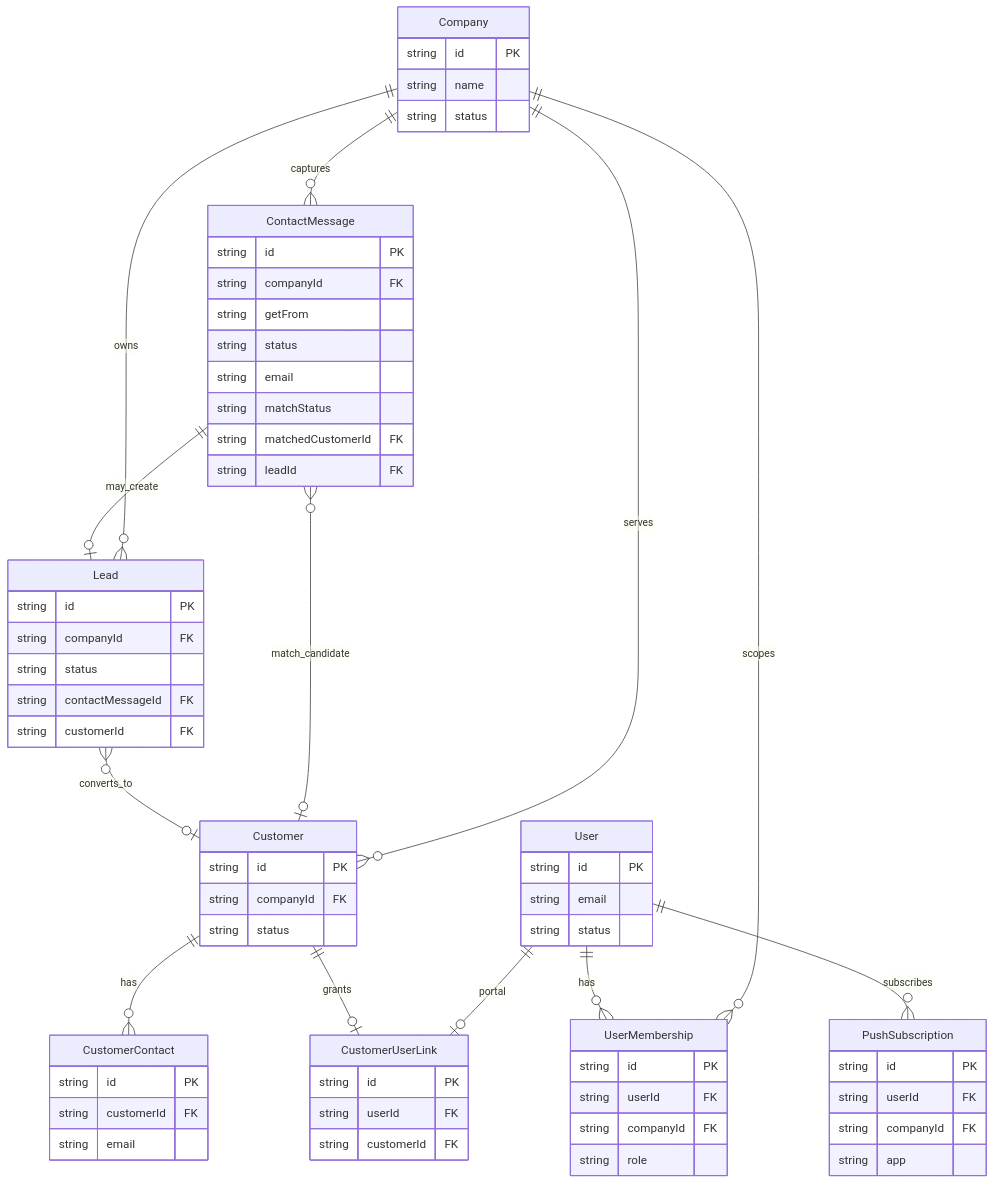
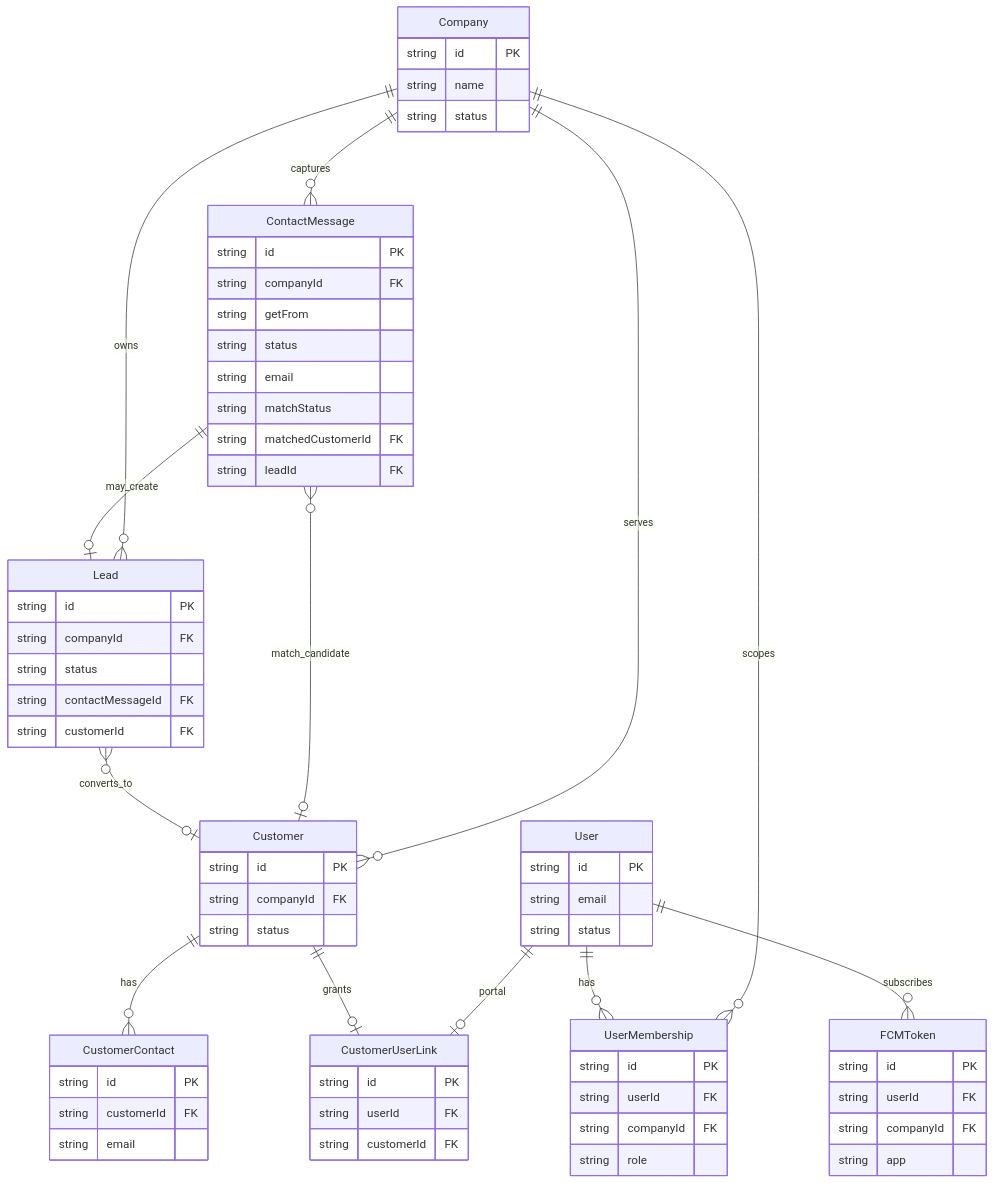
The first of 3 diagrams in docs/ERD/overview.md (afrizahrp/medcal), drawn with Mermaid before and after one commit. The commit also changed other lines of this file and 42 other files, not shown here.

````diff
--- a/docs/ERD/overview.md
+++ b/docs/ERD/overview.md
@@ -9,78 +9,78 @@
 ```mermaid
 erDiagram
   Company ||--o{ ContactMessage : captures
   Company ||--o{ Lead : owns
   Company ||--o{ Customer : serves
   Company ||--o{ UserMembership : scopes
   User ||--o{ UserMembership : has
   User ||--o| CustomerUserLink : portal
   Customer ||--o| CustomerUserLink : grants
   Customer ||--o{ CustomerContact : has
   ContactMessage ||--o| Lead : may_create
   ContactMessage }o--o| Customer : match_candidate
   Lead }o--o| Customer : converts_to
-  User ||--o{ PushSubscription : subscribes
+  User ||--o{ FCMToken : subscribes
 
   Company {
     string id PK
     string name
     string status
   }
 
   ContactMessage {
     string id PK
     string companyId FK
     string getFrom
     string status
     string email
     string matchStatus
     string matchedCustomerId FK
     string leadId FK
   }
 
   Lead {
     string id PK
     string companyId FK
     string status
     string contactMessageId FK
     string customerId FK
   }
 
   Customer {
     string id PK
     string companyId FK
     string status
   }
 
   CustomerContact {
     string id PK
     string customerId FK
     string email
   }
 
   User {
     string id PK
     string email
     string status
   }
 
   UserMembership {
     string id PK
     string userId FK
     string companyId FK
     string role
   }
 
   CustomerUserLink {
     string id PK
     string userId FK
     string customerId FK
   }
 
-  PushSubscription {
+  FCMToken {
     string id PK
     string userId FK
     string companyId FK
     string app
   }
 ```
````
